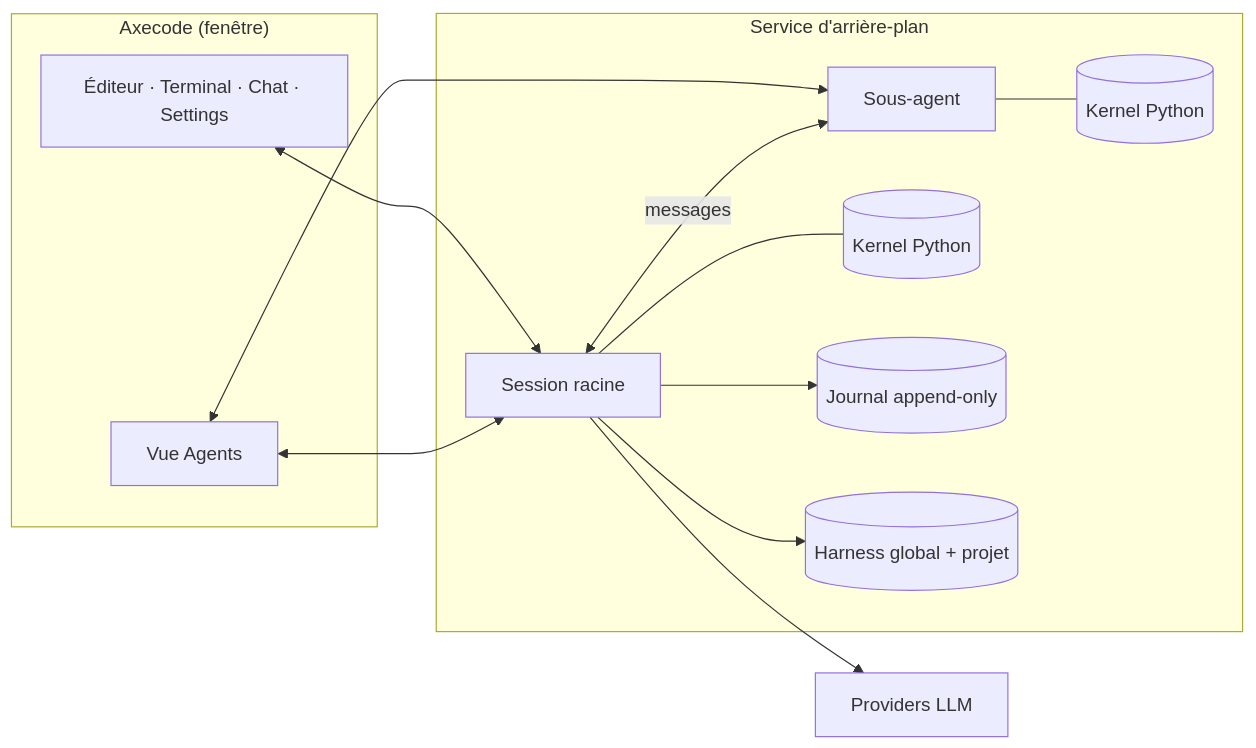
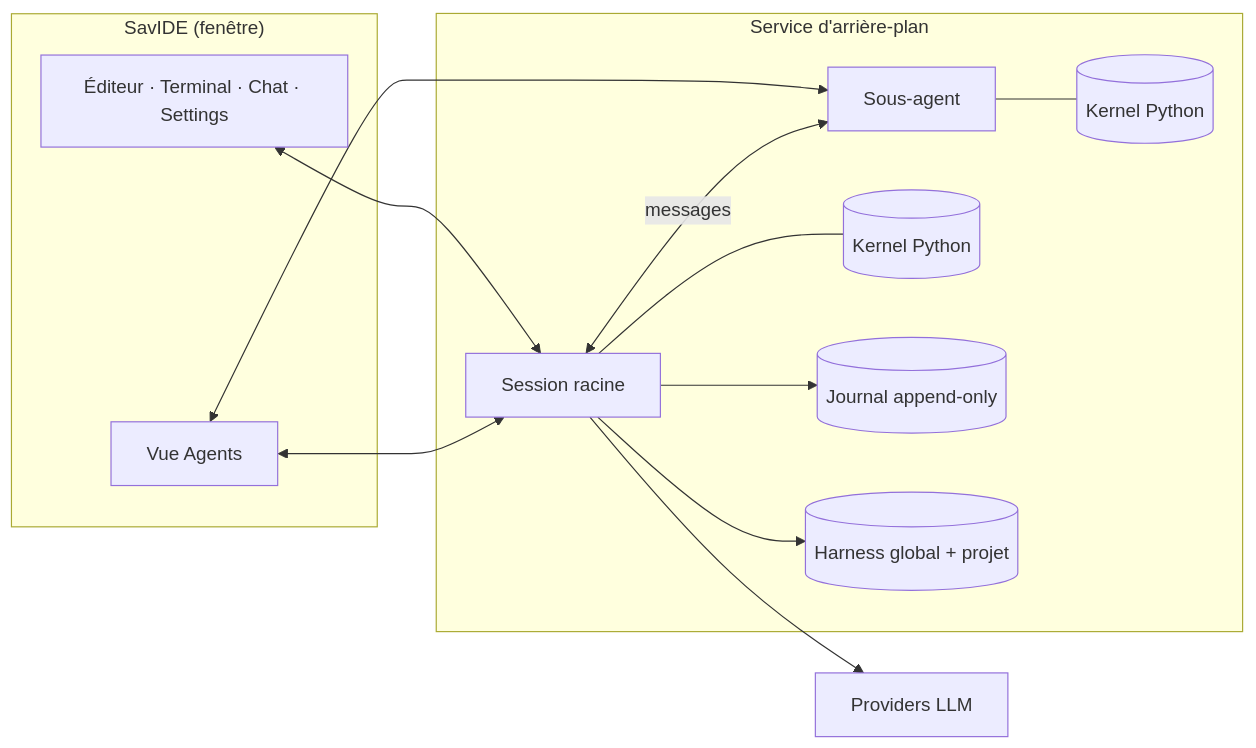
The diagram in README.md (SavinienD/-SavIDE), drawn with Mermaid before and after one commit. The commit also changed other lines of this file and 2 other files, not shown here.

Commit message:
Doc : README et guides alignés sur SavIDE (Windows, NSIS, releases SavinienD/-SavIDE)

````diff
--- a/README.md
+++ b/README.md
@@ -54,24 +54,24 @@
 ```mermaid
 flowchart LR
-    subgraph IDE["Axecode (fenêtre)"]
+    subgraph IDE["SavIDE (fenêtre)"]
         UI[Éditeur · Terminal · Chat · Settings]
         AV[Vue Agents]
     end
     subgraph SVC["Service d'arrière-plan"]
         S1[Session racine]
         S2[Sous-agent]
         K1[(Kernel Python)]
         K2[(Kernel Python)]
         J[(Journal append-only)]
         H[(Harness global + projet)]
     end
     UI <--> S1
     AV <--> S1
     AV <--> S2
     S1 --- K1
     S2 --- K2
     S1 <-->|messages| S2
     S1 --> J
     S1 --> H
     S1 --> P[Providers LLM]
 ```
````
